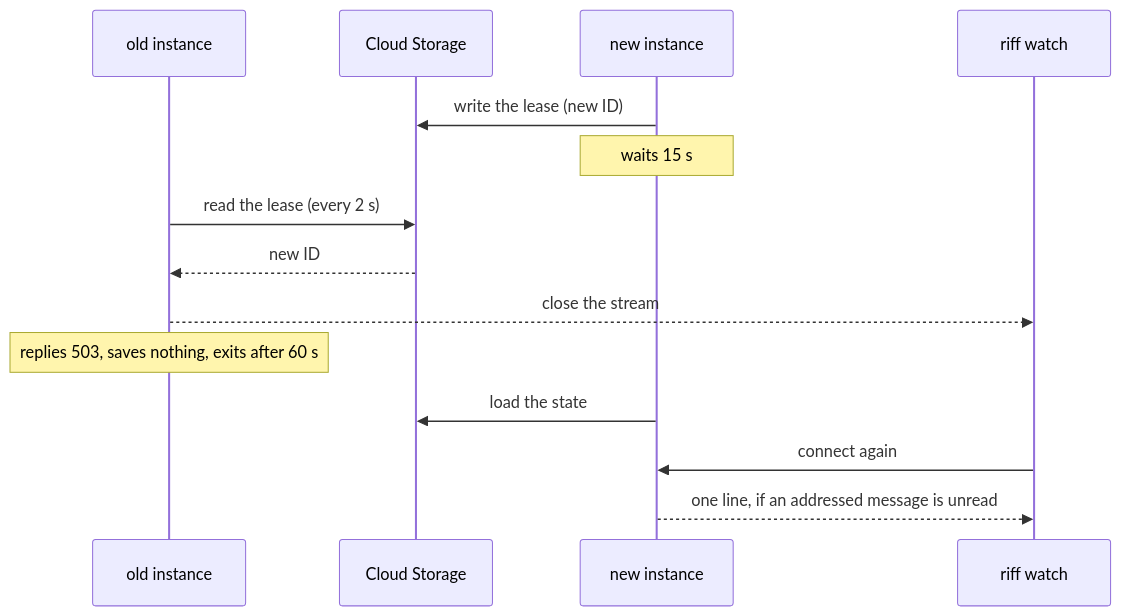
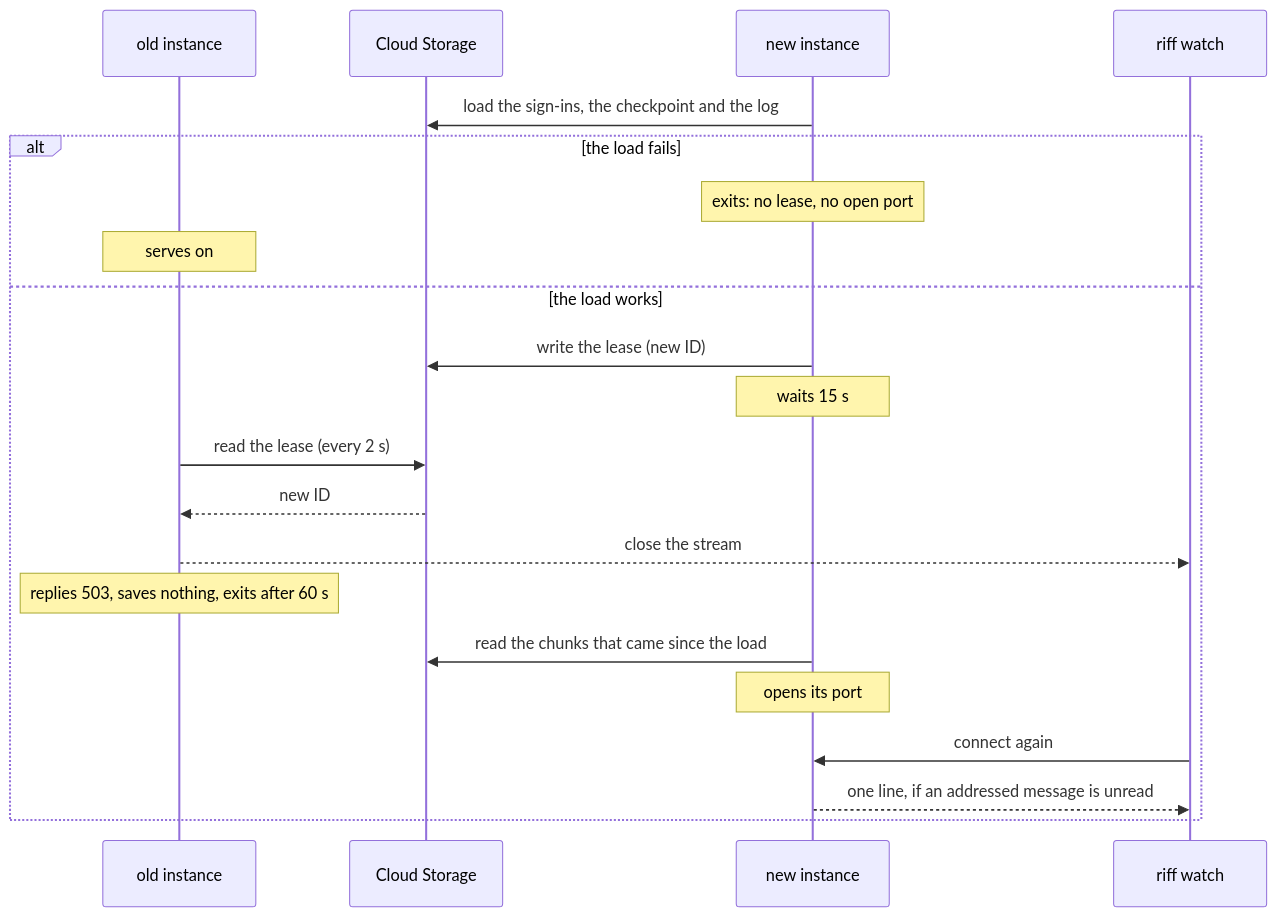
Before and after one commit to como-technologies/riff: diagram 34 of 42 in docs/src/how-it-works.md, drawn with Mermaid. The commit also changed other lines of this file and 13 other files, not shown here.

First line of the commit message:
The start order: load, then the lease, then the port (#360)

````diff
--- a/docs/src/how-it-works.md
+++ b/docs/src/how-it-works.md
@@ -2070,16 +2071,23 @@
 ```mermaid
 sequenceDiagram
     participant O as old instance
     participant S as Cloud Storage
     participant N as new instance
     participant W as riff watch
-    N->>S: write the lease (new ID)
-    Note over N: waits 15 s
-    O->>S: read the lease (every 2 s)
-    S-->>O: new ID
-    O-->>W: close the stream
-    Note over O: replies 503, saves nothing, exits after 60 s
-    N->>S: load the state
-    W->>N: connect again
-    N-->>W: one line, if an addressed message is unread
+    N->>S: load the sign-ins, the checkpoint and the log
+    alt the load fails
+        Note over N: exits: no lease, no open port
+        Note over O: serves on
+    else the load works
+        N->>S: write the lease (new ID)
+        Note over N: waits 15 s
+        O->>S: read the lease (every 2 s)
+        S-->>O: new ID
+        O-->>W: close the stream
+        Note over O: replies 503, saves nothing, exits after 60 s
+        N->>S: read the chunks that came since the load
+        Note over N: opens its port
+        W->>N: connect again
+        N-->>W: one line, if an addressed message is unread
+    end
 ```
````
